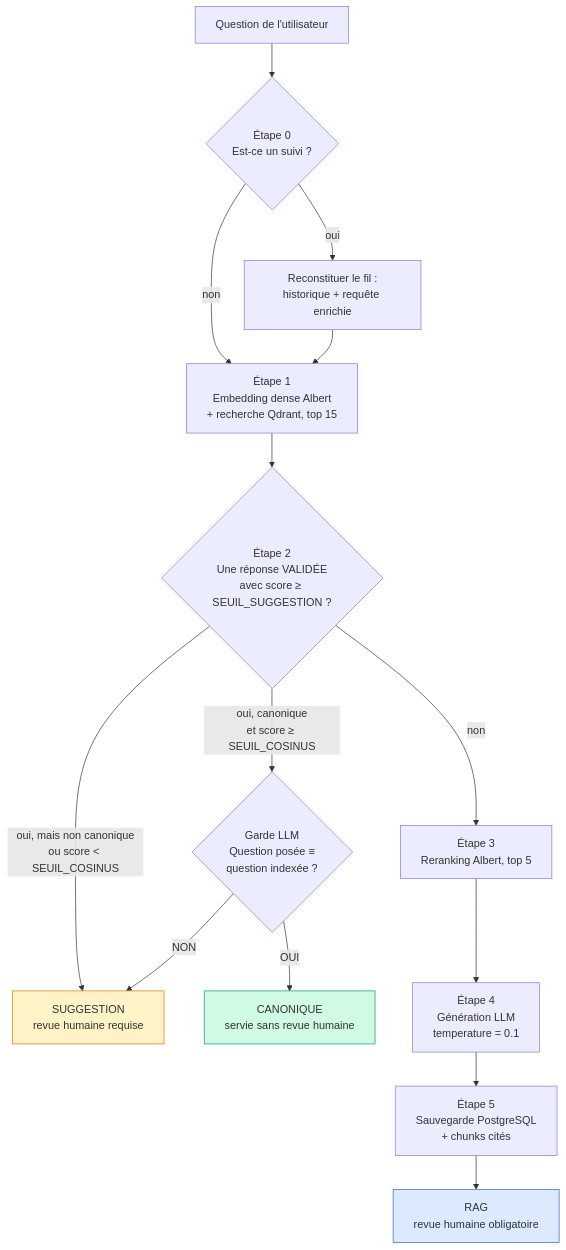
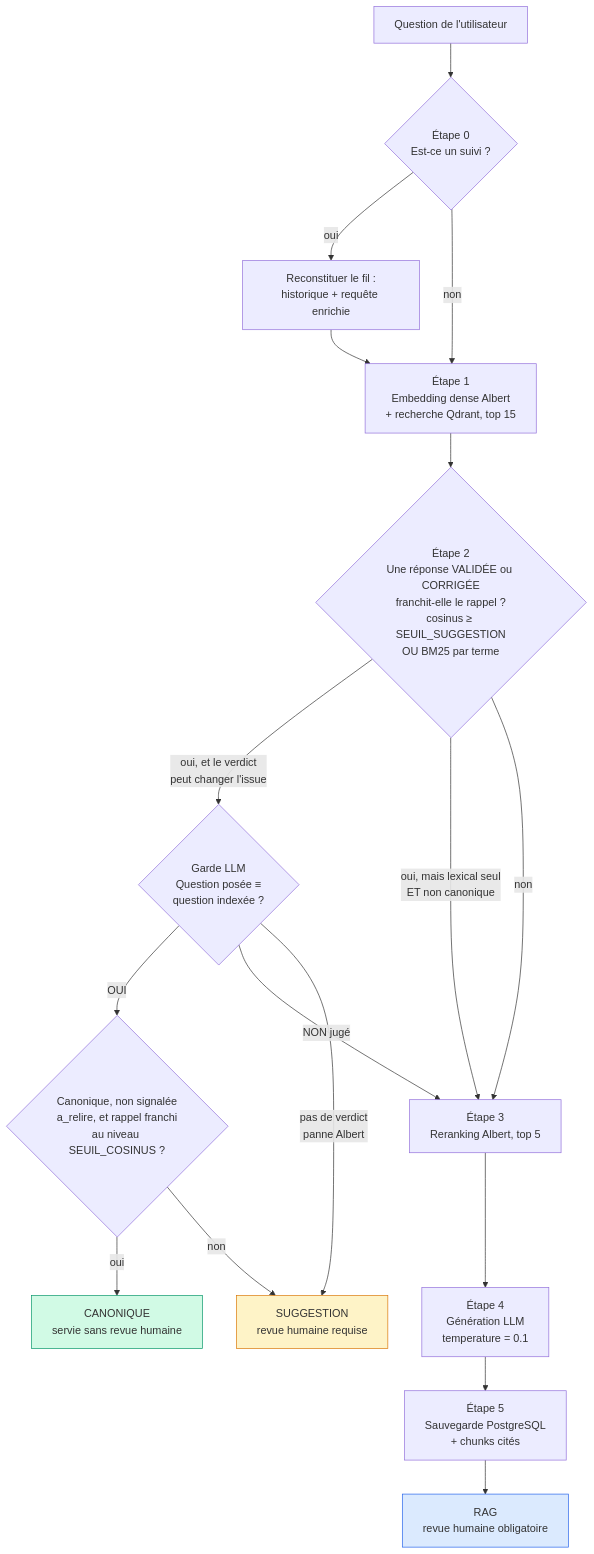
The diagram in Docs/technique/architecture-pipeline-questions.md (ThomasHWD/TicketAI), drawn with Mermaid before and after one commit. The commit also changed other lines of this file and 8 other files, not shown here.

````diff
--- a/Docs/technique/architecture-pipeline-questions.md
+++ b/Docs/technique/architecture-pipeline-questions.md
@@ -18,25 +18,28 @@
 ```mermaid
 flowchart TD
     A[Question de l'utilisateur] --> B{Étape 0<br/>Est-ce un suivi ?}
     B -->|oui| B2[Reconstituer le fil :<br/>historique + requête enrichie]
     B -->|non| C
     B2 --> C[Étape 1<br/>Embedding dense Albert<br/>+ recherche Qdrant, top 15]
 
-    C --> D{Étape 2<br/>Une réponse VALIDÉE<br/>avec score ≥ SEUIL_SUGGESTION ?}
+    C --> D{Étape 2<br/>Une réponse VALIDÉE ou CORRIGÉE<br/>franchit-elle le rappel ?<br/>cosinus ≥ SEUIL_SUGGESTION<br/>OU BM25 par terme}
 
-    D -->|oui, canonique<br/>et score ≥ SEUIL_COSINUS| E{Garde LLM<br/>Question posée ≡<br/>question indexée ?}
-    D -->|oui, mais non canonique<br/>ou score < SEUIL_COSINUS| F[SUGGESTION<br/>revue humaine requise]
+    D -->|oui, et le verdict<br/>peut changer l'issue| E{Garde LLM<br/>Question posée ≡<br/>question indexée ?}
+    D -->|oui, mais lexical seul<br/>ET non canonique| G
     D -->|non| G
 
-    E -->|OUI| H[CANONIQUE<br/>servie sans revue humaine]
-    E -->|NON| F
+    E -->|OUI| E2{Canonique, non signalée<br/>a_relire, et rappel franchi<br/>au niveau SEUIL_COSINUS ?}
+    E2 -->|oui| H[CANONIQUE<br/>servie sans revue humaine]
+    E2 -->|non| F[SUGGESTION<br/>revue humaine requise]
+    E -->|NON jugé| G
+    E -->|pas de verdict<br/>panne Albert| F
 
     G[Étape 3<br/>Reranking Albert, top 5]
     G --> I[Étape 4<br/>Génération LLM<br/>temperature = 0.1]
     I --> J[Étape 5<br/>Sauvegarde PostgreSQL<br/>+ chunks cités]
     J --> K[RAG<br/>revue humaine obligatoire]
 
     style H fill:#d1fae5,stroke:#059669
     style F fill:#fef3c7,stroke:#d97706
     style K fill:#dbeafe,stroke:#2563eb
 ```
````
